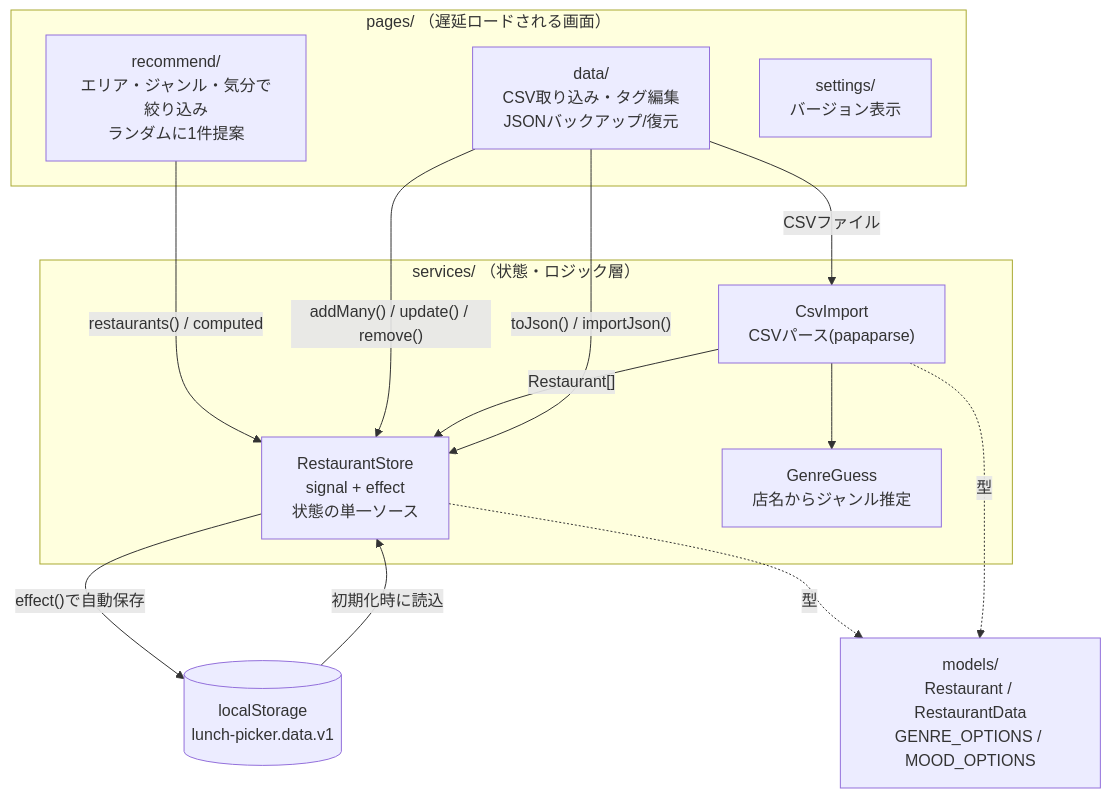
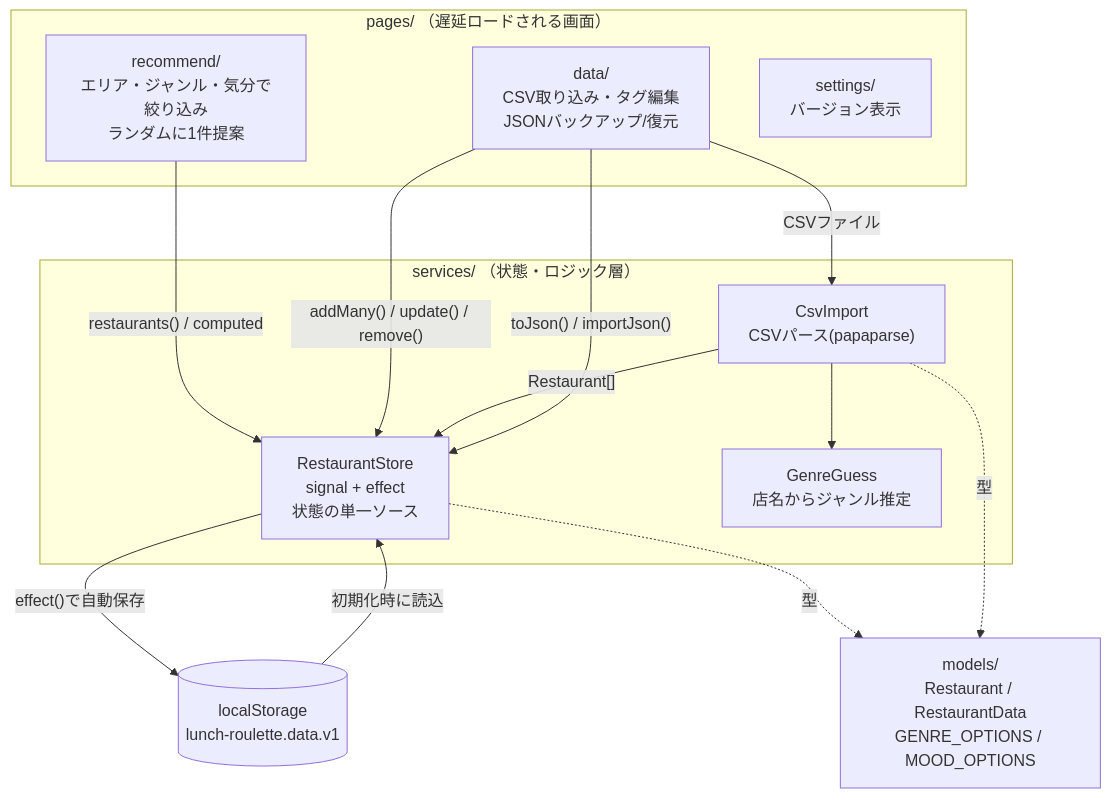
The diagram in ARCHITECTURE.md (rmatsuo-jp/lunch-picker), drawn with Mermaid before and after one commit. The commit also changed other lines of this file and 13 other files, not shown here.

````diff
--- a/ARCHITECTURE.md
+++ b/ARCHITECTURE.md
@@ -18,29 +18,29 @@
 ```mermaid
 flowchart TD
     subgraph Pages["pages/ （遅延ロードされる画面）"]
         Recommend["recommend/\nエリア・ジャンル・気分で絞り込み\nランダムに1件提案"]
         Data["data/\nCSV取り込み・タグ編集\nJSONバックアップ/復元"]
         Settings["settings/\nバージョン表示"]
     end
 
     subgraph Services["services/ （状態・ロジック層）"]
         Store["RestaurantStore\nsignal + effect\n状態の単一ソース"]
         CsvImport["CsvImport\nCSVパース(papaparse)"]
         GenreGuess["GenreGuess\n店名からジャンル推定"]
     end
 
     Models["models/\nRestaurant / RestaurantData\nGENRE_OPTIONS / MOOD_OPTIONS"]
-    LS[("localStorage\nlunch-picker.data.v1")]
+    LS[("localStorage\nlunch-roulette.data.v1")]
 
     Recommend -- "restaurants() / computed" --> Store
     Data -- "addMany() / update() / remove()" --> Store
     Data -- "CSVファイル" --> CsvImport
     CsvImport --> GenreGuess
     CsvImport -- "Restaurant[]" --> Store
     Data -- "toJson() / importJson()" --> Store
     Store -- "effect()で自動保存" --> LS
     LS -- "初期化時に読込" --> Store
 
     Store -.型.-> Models
     CsvImport -.型.-> Models
 ```
````
